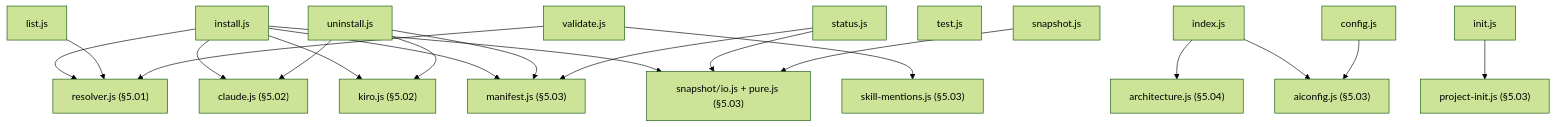
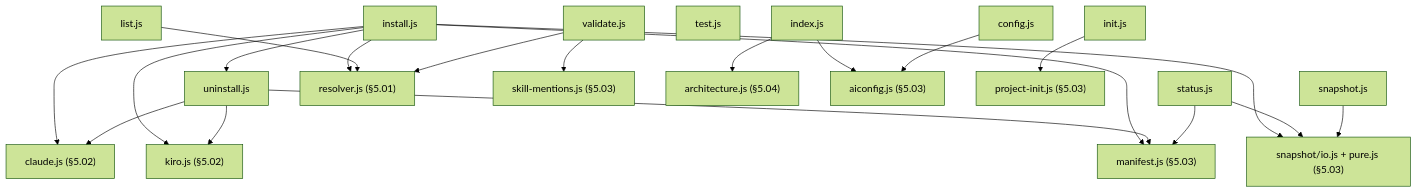
The diagram in docs/architecture/05_05_command_layer.md (starvoxel/ai-foundation), drawn with Mermaid (forest theme) before and after one commit. The commit also changed other lines of this file and 5 other files, not shown here.

````diff
--- a/docs/architecture/05_05_command_layer.md
+++ b/docs/architecture/05_05_command_layer.md
@@ -24,33 +24,34 @@
 ```mermaid
 graph TD
   Install["install.js"]
   Uninstall["uninstall.js"]
   Status["status.js"]
   List["list.js"]
   Validate["validate.js"]
   Test["test.js"]
   Snapshot["snapshot.js"]
   Index["index.js"]
   Init["init.js"]
   Config["config.js"]
 
   Resolver["resolver.js (§5.01)"]
   SkillMentions["skill-mentions.js (§5.03)"]
   Manifest["manifest.js (§5.03)"]
   SnapLib["snapshot/io.js + pure.js (§5.03)"]
   Architecture["architecture.js (§5.04)"]
   AiConfig["aiconfig.js (§5.03)"]
   ProjInit["project-init.js (§5.03)"]
   Claude["claude.js (§5.02)"]
   Kiro["kiro.js (§5.02)"]
 
   Install --> Resolver & Claude & Kiro & Manifest & SnapLib
   Uninstall --> Manifest & Claude & Kiro
+  Install --> Uninstall
   Status --> Manifest & SnapLib
   List --> Resolver
   Validate --> Resolver & SkillMentions
   Snapshot --> SnapLib
   Index --> Architecture & AiConfig
   Init --> ProjInit
   Config --> AiConfig
 ```
````
